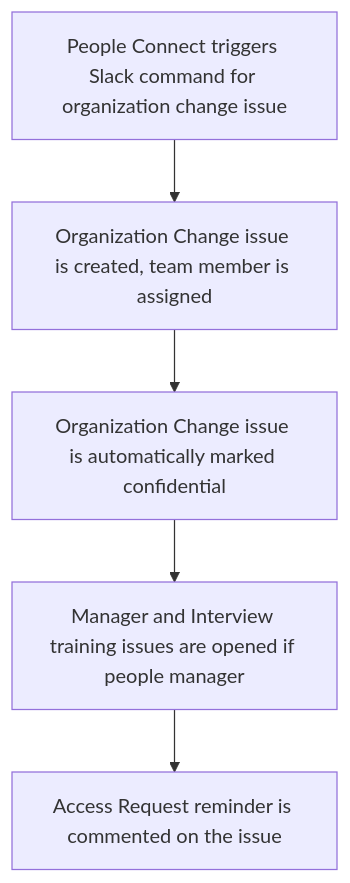
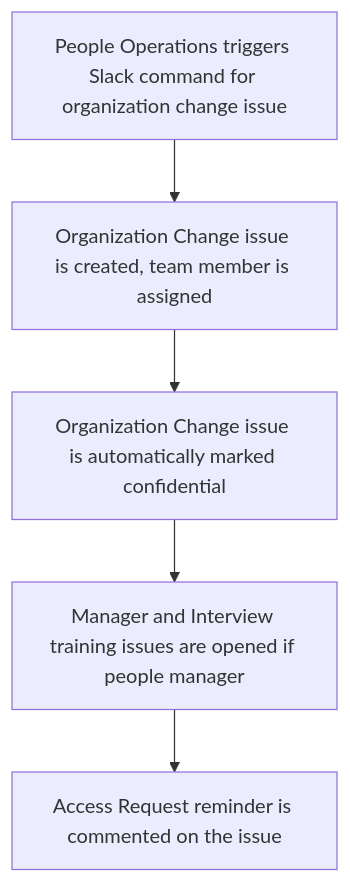
One commit to zalyoung/gitlab-handbook changed the diagram in content/handbook/people-group/engineering/organization-change.md. Above: the diagram before and after it, drawn with Mermaid. The commit also changed other lines of this file and 71 other files, not shown here.

Commit message:
Replace People Connect with People Operations

````diff
--- a/content/handbook/people-group/engineering/organization-change.md
+++ b/content/handbook/people-group/engineering/organization-change.md
@@ -14,8 +14,8 @@
 ```mermaid
 graph TD
-  A[People Connect triggers Slack command for organization change issue] --> B
+  A[People Operations triggers Slack command for organization change issue] --> B
   B[Organization Change issue is created, team member is assigned] --> C
   C[Organization Change issue is automatically marked confidential] --> D
   D[Manager and Interview training issues are opened if people manager] --> E
   E[Access Request reminder is commented on the issue]
 ```
````
